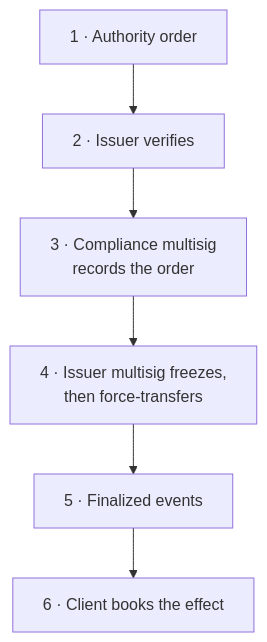
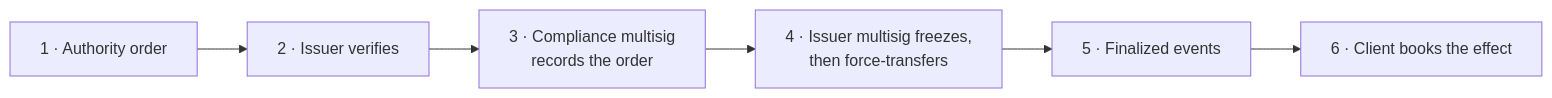
Before and after one commit to dinhduongha/scaas: the second of 2 diagrams in docs/integration.md, drawn with Mermaid. The commit also changed 2 other files, not shown here.

Commit message:
docs: Mermaid layout fixes for tall diagrams
The write-out/read-in loop, the README component map and the
court-order flow collapsed into tall columns because Mermaid ignores a
subgraph's direction once an inner node links outside it. Edges now join
subgraphs, siblings are chained with invisible links, and the order flow
reads left to right. All 27 diagrams re-rendered and checked for aspect.

````diff
--- a/docs/integration.md
+++ b/docs/integration.md
@@ -792,8 +792,8 @@
 ```mermaid
-flowchart TB
+flowchart LR
     A["1 · Authority order"] --> B["2 · Issuer verifies"]
     B --> C["3 · Compliance multisig<br/>records the order"]
     C --> D["4 · Issuer multisig freezes,<br/>then force-transfers"]
     D --> E["5 · Finalized events"]
     E --> F["6 · Client books the effect"]
 ```
````
